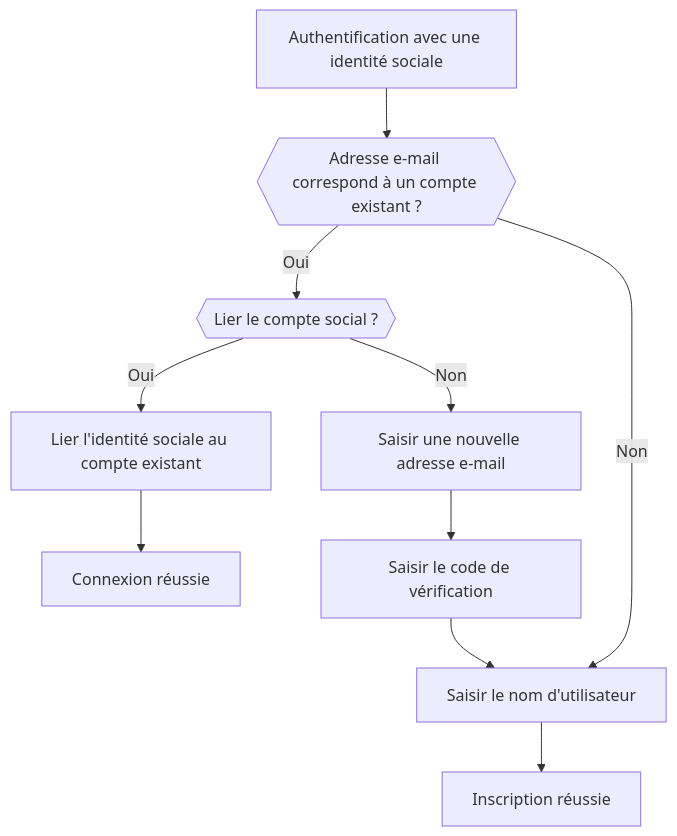
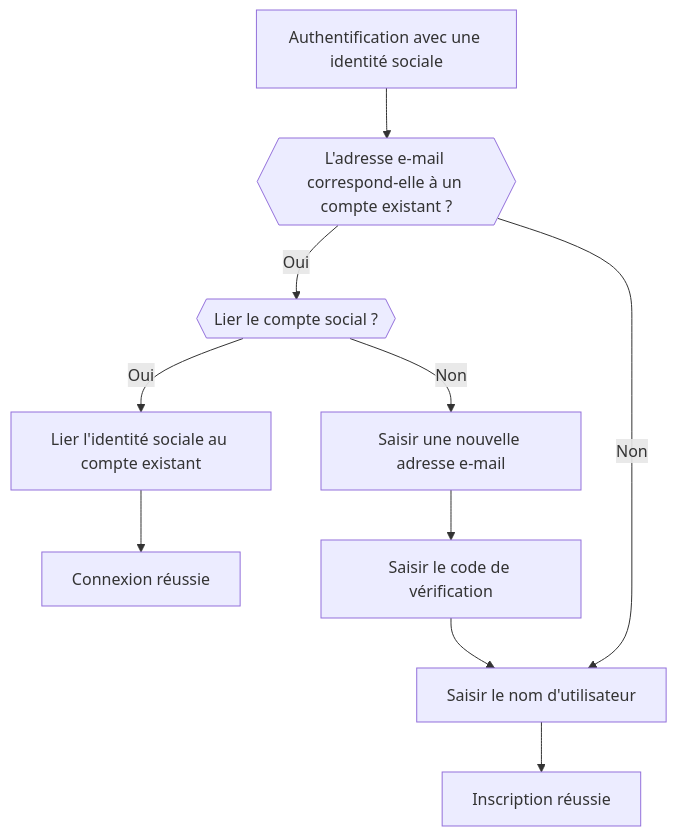
One commit to logto-io/docs changed the fifth of 6 diagrams in i18n/fr/docusaurus-plugin-content-docs/current/end-user-flows/sign-up-and-sign-in/social-sign-in.mdx. Above: the diagram before and after it, drawn with Mermaid. The commit also changed other lines of this file and 67 other files, not shown here.

````diff
--- a/i18n/fr/docusaurus-plugin-content-docs/current/end-user-flows/sign-up-and-sign-in/social-sign-in.mdx
+++ b/i18n/fr/docusaurus-plugin-content-docs/current/end-user-flows/sign-up-and-sign-in/social-sign-in.mdx
@@ -134,12 +136,12 @@
    ```mermaid
       flowchart TD
-       A[Authentification avec une identité sociale] --> B{{Adresse e-mail correspond à un compte existant ?}}
+       A[Authentification avec une identité sociale] --> B{{L'adresse e-mail correspond-elle à un compte existant ?}}
        B -- Oui --> C{{Lier le compte social ?}}
        C -- Oui --> D[Lier l'identité sociale au compte existant]
        D --> E[Connexion réussie]
        C -- Non --> F[Saisir une nouvelle adresse e-mail]
        F --> G[Saisir le code de vérification]
        G --> H[Saisir le nom d'utilisateur]
        H --> I[Inscription réussie]
        B -- Non --> H
    ```
````
